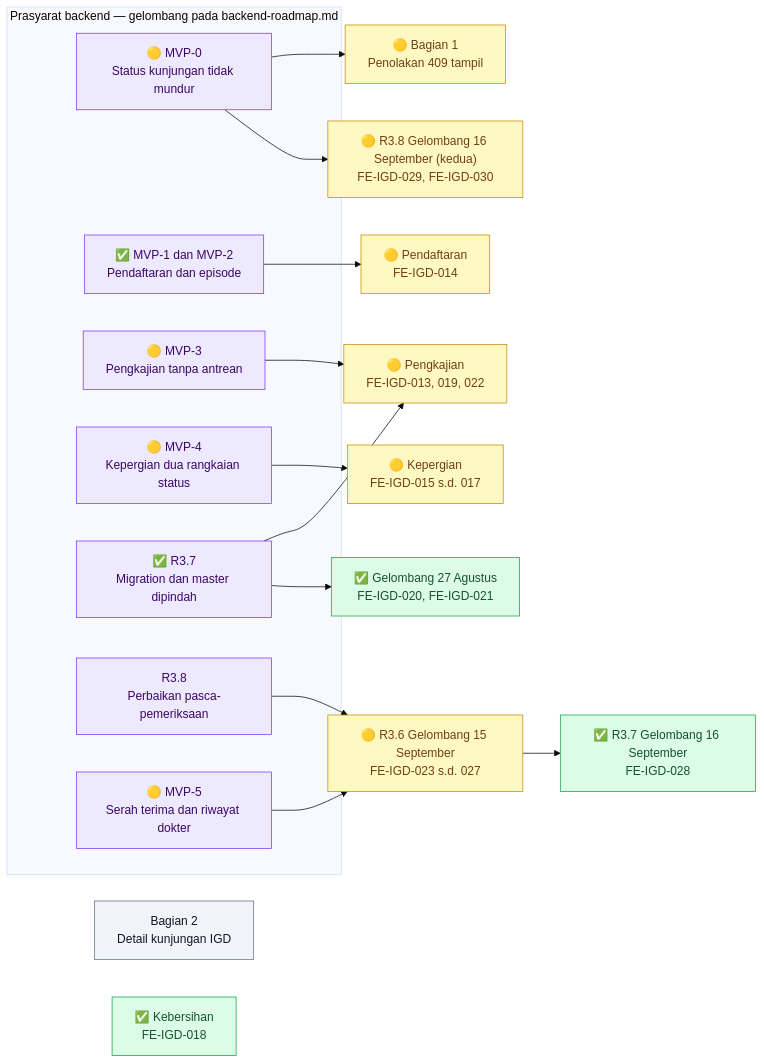
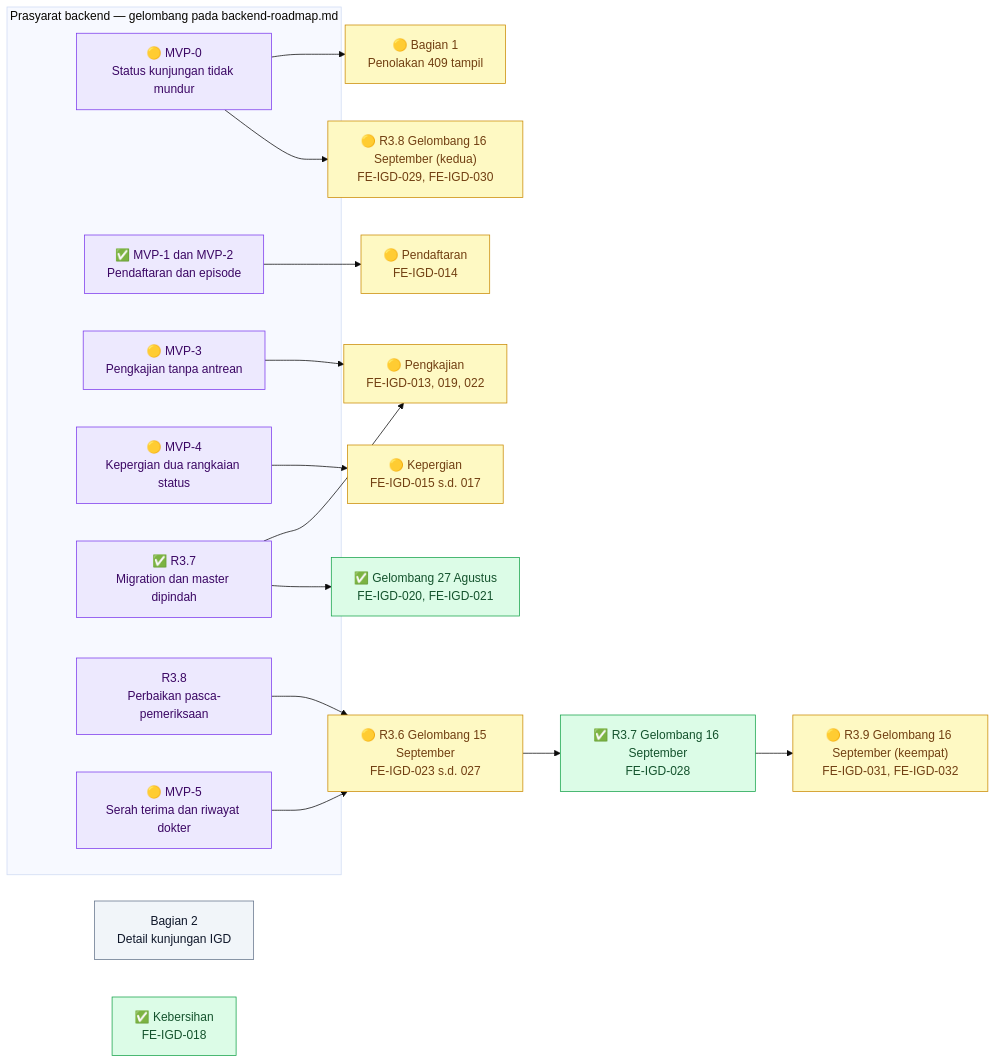
One commit to DevBenari/NewQuilvianSystemBackend changed the first of 9 diagrams in docs/module-blueprints/igd/roadmap/frontend-roadmap.md. Above: the diagram before and after it, drawn with Mermaid (base theme). The commit also changed other lines of this file and 12 other files, not shown here.

````diff
--- a/docs/module-blueprints/igd/roadmap/frontend-roadmap.md
+++ b/docs/module-blueprints/igd/roadmap/frontend-roadmap.md
@@ -69,40 +71,42 @@
 ```mermaid
 flowchart LR
     classDef selesai fill:#DCFCE7,stroke:#16A34A,color:#14532D
     classDef sebagian fill:#FEF9C3,stroke:#CA8A04,color:#713F12
     classDef terblokir fill:#FEE2E2,stroke:#DC2626,color:#7F1D1D
     classDef belum fill:#F1F5F9,stroke:#64748B,color:#0F172A
     classDef luar fill:#EDE9FE,stroke:#7C3AED,color:#3B0764
 
     subgraph backend["Prasyarat backend — gelombang pada backend-roadmap.md"]
         BMVP0["🟡 MVP-0<br/>Status kunjungan tidak mundur"]:::luar
         BMVP12["✅ MVP-1 dan MVP-2<br/>Pendaftaran dan episode"]:::luar
         BMVP3["🟡 MVP-3<br/>Pengkajian tanpa antrean"]:::luar
         BMVP4["🟡 MVP-4<br/>Kepergian dua rangkaian status"]:::luar
         BR37["✅ R3.7<br/>Migration dan master dipindah"]:::luar
         BR38["R3.8<br/>Perbaikan pasca-pemeriksaan"]:::luar
         BMVP5["🟡 MVP-5<br/>Serah terima dan riwayat dokter"]:::luar
     end
 
     FMVP0["🟡 Bagian 1<br/>Penolakan 409 tampil"]:::sebagian
     FWARIS["Bagian 2<br/>Detail kunjungan IGD"]:::belum
     FDAFTAR["🟡 Pendaftaran<br/>FE-IGD-014"]:::sebagian
     FKAJI["🟡 Pengkajian<br/>FE-IGD-013, 019, 022"]:::sebagian
     FPERGI["🟡 Kepergian<br/>FE-IGD-015 s.d. 017"]:::sebagian
     FMASTER["✅ Gelombang 27 Agustus<br/>FE-IGD-020, FE-IGD-021"]:::selesai
     FBERSIH["✅ Kebersihan<br/>FE-IGD-018"]:::selesai
     FPASCA["🟡 R3.6 Gelombang 15 September<br/>FE-IGD-023 s.d. 027"]:::sebagian
     FPASCA2["✅ R3.7 Gelombang 16 September<br/>FE-IGD-028"]:::selesai
     FARRIVED["🟡 R3.8 Gelombang 16 September (kedua)<br/>FE-IGD-029, FE-IGD-030"]:::sebagian
+    FTATA["🟡 R3.9 Gelombang 16 September (keempat)<br/>FE-IGD-031, FE-IGD-032"]:::sebagian
 
     BMVP0 --> FMVP0
     BMVP0 --> FARRIVED
     BMVP12 --> FDAFTAR
     BMVP3 --> FKAJI
     BR37 --> FKAJI
     BMVP4 --> FPERGI
     BR37 --> FMASTER
     BR38 --> FPASCA
     BMVP5 --> FPASCA
     FPASCA --> FPASCA2
+    FPASCA2 --> FTATA
 ```
````
